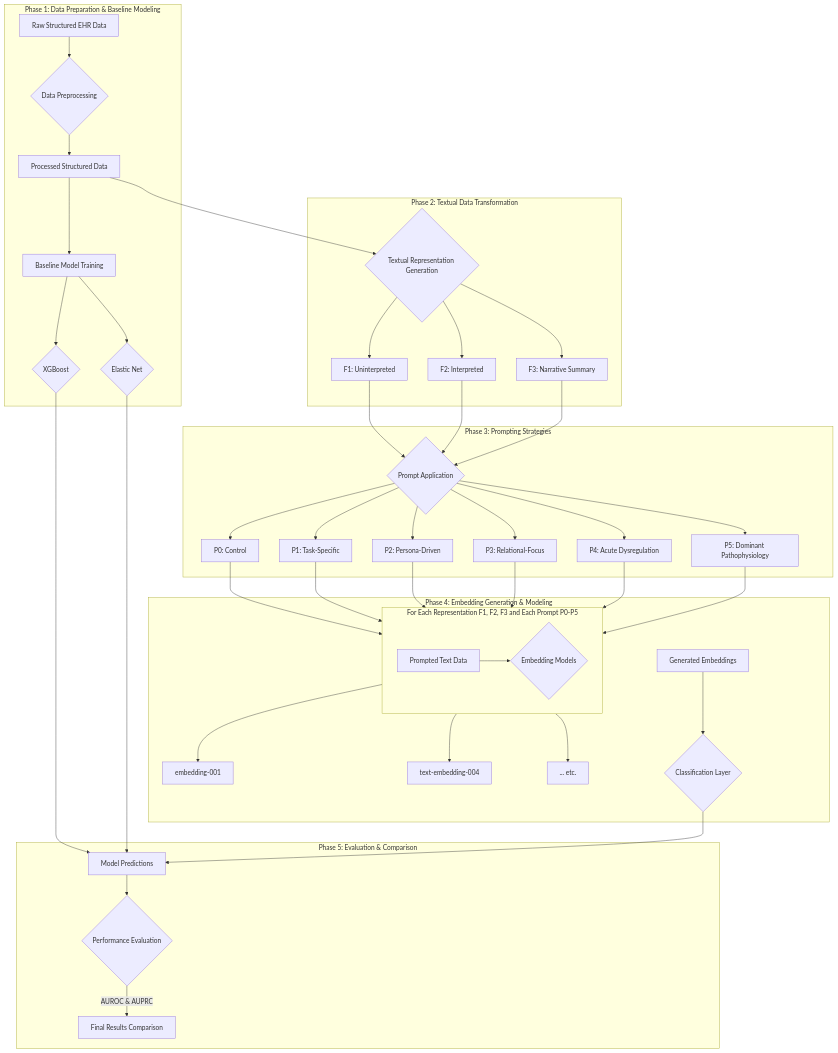
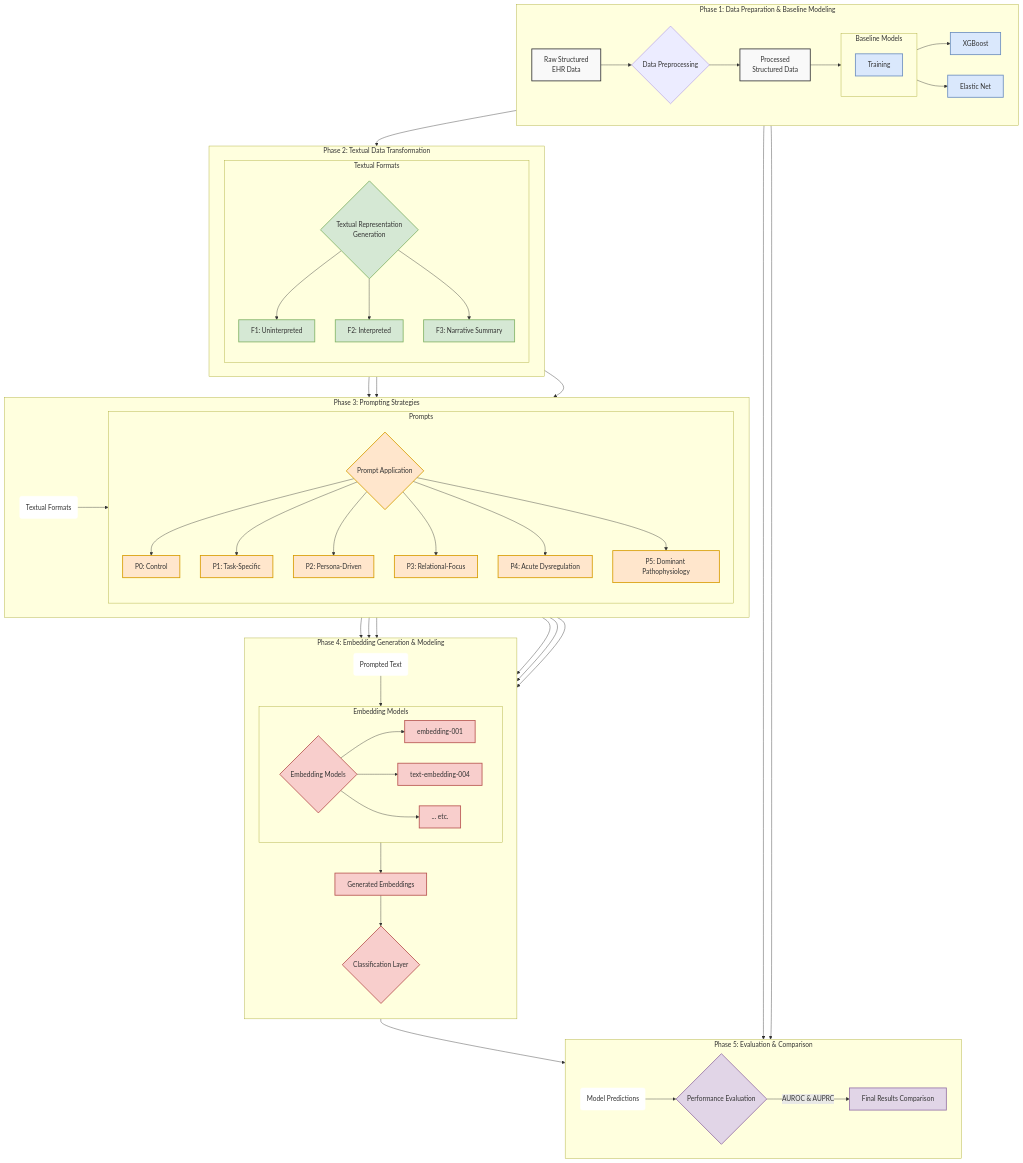
Before and after one commit to Tensor-Lab-for-Computational-Medicine/EHR-Embeddings: the diagram in manuscript_figures/workflow_diagram.md, drawn with Mermaid.

````diff
--- a/manuscript_figures/workflow_diagram.md
+++ b/manuscript_figures/workflow_diagram.md
@@ -7,52 +7,103 @@
 ```mermaid
 graph TD
     subgraph "Phase 1: Data Preparation & Baseline Modeling"
-        A[Raw Structured EHR Data] --> B{Data Preprocessing};
-        B --> C[Processed Structured Data];
-        C --> D[Baseline Model Training];
-        D --> E{XGBoost};
-        D --> F{Elastic Net};
+        direction LR
+        A[Raw Structured<br>EHR Data] --> B{Data Preprocessing};
+        B --> C[Processed<br>Structured Data];
+        subgraph "Baseline Models"
+            direction TB
+            D[Training]
+        end
+        C --> D;
+        D --> E[XGBoost];
+        D --> F[Elastic Net];
     end
 
     subgraph "Phase 2: Textual Data Transformation"
-        C --> G{Textual Representation Generation};
-        G --> H["F1: Uninterpreted"];
-        G --> I["F2: Interpreted"];
-        G --> J["F3: Narrative Summary"];
+        direction LR
+        C --> G{Textual Representation<br>Generation};
+        subgraph "Textual Formats"
+            direction TB
+            G --> H[F1: Uninterpreted];
+            G --> I[F2: Interpreted];
+            G --> J[F3: Narrative Summary];
+        end
     end
 
     subgraph "Phase 3: Prompting Strategies"
-        H --> K{Prompt Application};
-        I --> K;
-        J --> K;
-        K --> L["P0: Control"];
-        K --> M["P1: Task-Specific"];
-        K --> N["P2: Persona-Driven"];
-        K --> O["P3: Relational-Focus"];
-        K --> P["P4: Acute Dysregulation"];
-        K --> Q["P5: Dominant Pathophysiology"];
+        direction LR
+        K_input(Textual Formats) --> K{Prompt Application};
+        subgraph "Prompts"
+            direction TB
+            K --> L[P0: Control];
+            K --> M[P1: Task-Specific];
+            K --> N[P2: Persona-Driven];
+            K --> O[P3: Relational-Focus];
+            K --> P[P4: Acute Dysregulation];
+            K --> Q[P5: Dominant Pathophysiology];
+        end
     end
 
     subgraph "Phase 4: Embedding Generation & Modeling"
-        R[Prompted Text Data]
-        subgraph "For Each Representation F1, F2, F3 and Each Prompt P0-P5"
+        direction TB
+        R_input(Prompted Text) --> S{Embedding Models};
+        subgraph "Embedding Models"
             direction LR
-            R --> S{Embedding Models};
+            S --> T[embedding-001];
+            S --> U[text-embedding-004];
+            S --> V[... etc.];
         end
-        S --> T["embedding-001"];
-        S --> U["text-embedding-004"];
-        S --> V["... etc."];
         W[Generated Embeddings] --> X{Classification Layer};
+        S --> W;
     end
 
     subgraph "Phase 5: Evaluation & Comparison"
-        Y[Model Predictions];
-        E --> Y;
-        F --> Y;
-        X --> Y;
-        Y --> Z{Performance Evaluation};
+        direction LR
+        Y_input(Model Predictions) --> Z{Performance Evaluation};
         Z -- "AUROC & AUPRC" --> AA[Final Results Comparison];
     end
 
-    L --> R; M --> R; N --> R; O --> R; P --> R; Q --> R;
+    H --> K_input;
+    I --> K_input;
+    J --> K_input;
+
+    L --> R_input;
+    M --> R_input;
+    N --> R_input;
+    O --> R_input;
+    P --> R_input;
+    Q --> R_input;
+
+    E --> Y_input;
+    F --> Y_input;
+    X --> Y_input;
+
+
+    style A fill:#f9f9f9,stroke:#333,stroke-width:2px
+    style C fill:#f9f9f9,stroke:#333,stroke-width:2px
+    style D fill:#dae8fc,stroke:#6c8ebf,stroke-width:2px
+    style E fill:#dae8fc,stroke:#6c8ebf,stroke-width:2px
+    style F fill:#dae8fc,stroke:#6c8ebf,stroke-width:2px
+    style G fill:#d5e8d4,stroke:#82b366,stroke-width:2px
+    style H fill:#d5e8d4,stroke:#82b366,stroke-width:2px
+    style I fill:#d5e8d4,stroke:#82b366,stroke-width:2px
+    style J fill:#d5e8d4,stroke:#82b366,stroke-width:2px
+    style K fill:#ffe6cc,stroke:#d79b00,stroke-width:2px
+    style L fill:#ffe6cc,stroke:#d79b00,stroke-width:2px
+    style M fill:#ffe6cc,stroke:#d79b00,stroke-width:2px
+    style N fill:#ffe6cc,stroke:#d79b00,stroke-width:2px
+    style O fill:#ffe6cc,stroke:#d79b00,stroke-width:2px
+    style P fill:#ffe6cc,stroke:#d79b00,stroke-width:2px
+    style Q fill:#ffe6cc,stroke:#d79b00,stroke-width:2px
+    style S fill:#f8cecc,stroke:#b85450,stroke-width:2px
+    style T fill:#f8cecc,stroke:#b85450,stroke-width:2px
+    style U fill:#f8cecc,stroke:#b85450,stroke-width:2px
+    style V fill:#f8cecc,stroke:#b85450,stroke-width:2px
+    style W fill:#f8cecc,stroke:#b85450,stroke-width:2px
+    style X fill:#f8cecc,stroke:#b85450,stroke-width:2px
+    style Z fill:#e1d5e7,stroke:#9673a6,stroke-width:2px
+    style AA fill:#e1d5e7,stroke:#9673a6,stroke-width:2px
+    style K_input fill:#fff,stroke:#fff
+    style R_input fill:#fff,stroke:#fff
+    style Y_input fill:#fff,stroke:#fff
 ``` 
````
